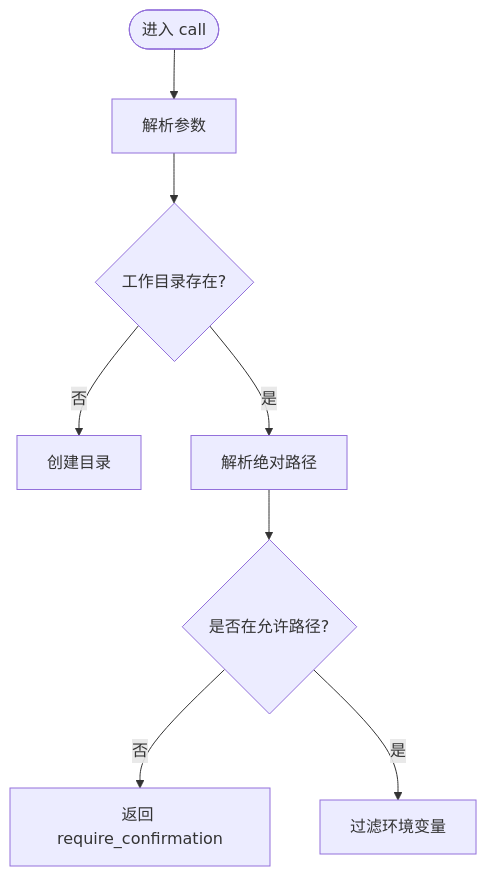
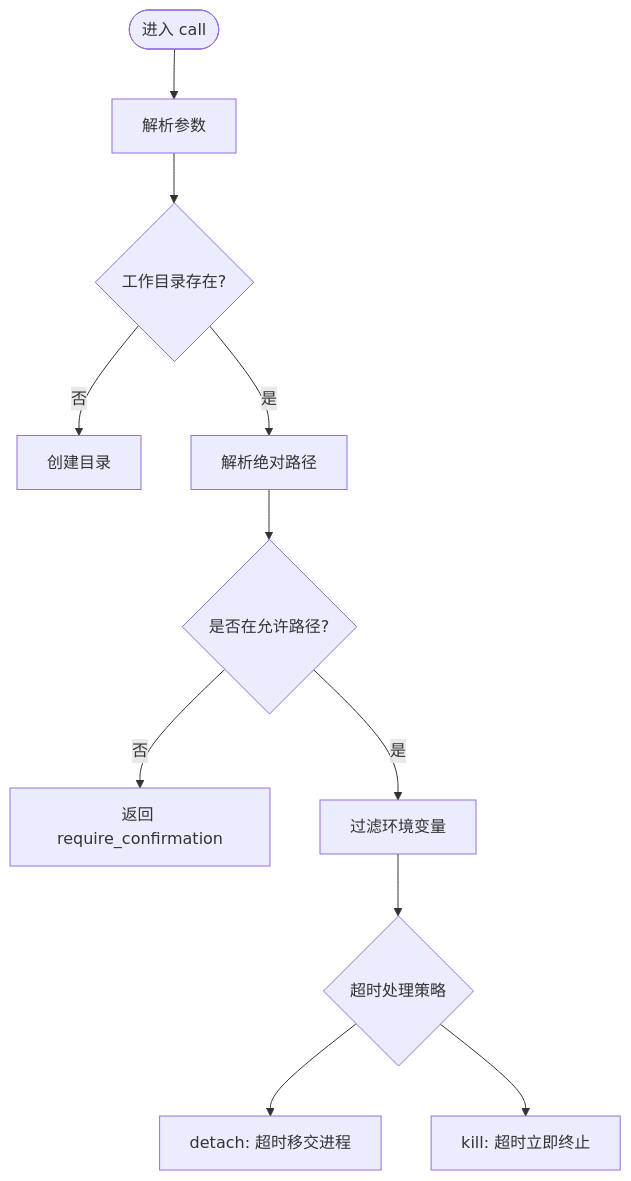
The third of 8 diagrams in .qoder/repowiki/zh/content/功能模块/工具生态系统/内置工具集/Shell 执行工具.md (runningcoders/ai_orz), drawn with Mermaid before and after one commit. The commit also changed other lines of this file and 299 other files, not shown here.

````diff
--- a/.qoder/repowiki/zh/content/功能模块/工具生态系统/内置工具集/Shell 执行工具.md
+++ b/.qoder/repowiki/zh/content/功能模块/工具生态系统/内置工具集/Shell 执行工具.md
@@ -103,10 +141,13 @@
 ```mermaid
 flowchart TD
 Start(["进入 call"]) --> Parse["解析参数"]
 Parse --> WDCheck{"工作目录存在?"}
 WDCheck --> |否| CreateDir["创建目录"]
 WDCheck --> |是| Resolve["解析绝对路径"]
 Resolve --> Validate{"是否在允许路径?"}
 Validate --> |否| ReturnConfirm["返回 require_confirmation"]
 Validate --> |是| EnvFilter["过滤环境变量"]
+EnvFilter --> TimeoutAction{"超时处理策略"}
+TimeoutAction --> Detach["detach: 超时移交进程"]
+TimeoutAction --> Kill["kill: 超时立即终止"]
 ```
````
